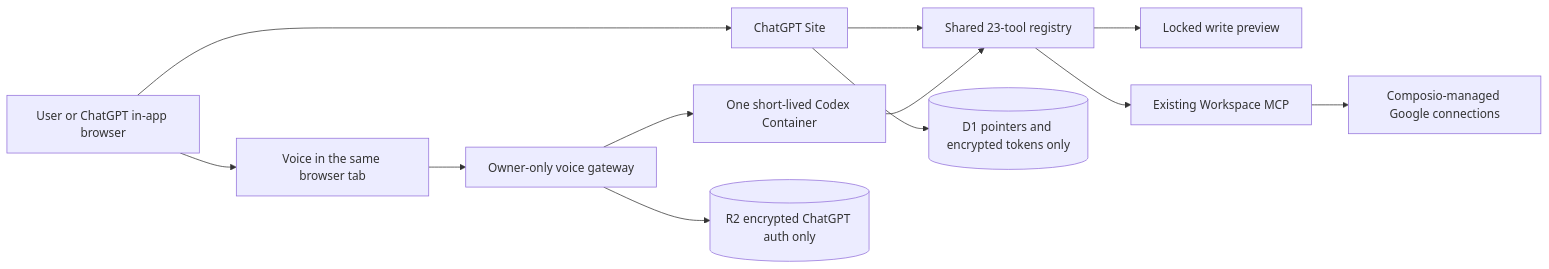
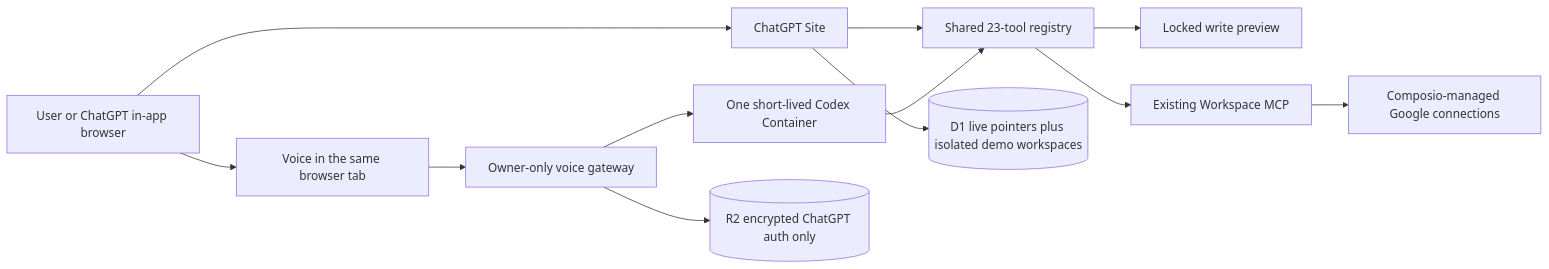
Before and after one commit to manikv12/OpenAssist: the diagram in docs/workspace-architecture.md, drawn with Mermaid. The commit also changed other lines of this file and 22 other files, not shown here.

Commit message:
Add isolated persistent WebMCP demo workspaces

````diff
--- a/docs/workspace-architecture.md
+++ b/docs/workspace-architecture.md
@@ -5,14 +5,14 @@
 ```mermaid
 flowchart LR
   U[User or ChatGPT in-app browser] --> S[ChatGPT Site]
   U --> V[Voice in the same browser tab]
   S --> R[Shared 23-tool registry]
   V --> G[Owner-only voice gateway]
   G --> C[One short-lived Codex Container]
   C --> R
   R --> P[Locked write preview]
   R --> M[Existing Workspace MCP]
   M --> O[Composio-managed Google connections]
-  S --> D[(D1 pointers and encrypted tokens only)]
+  S --> D[(D1 live pointers plus isolated demo workspaces)]
   G --> E[(R2 encrypted ChatGPT auth only)]
 ```
````
